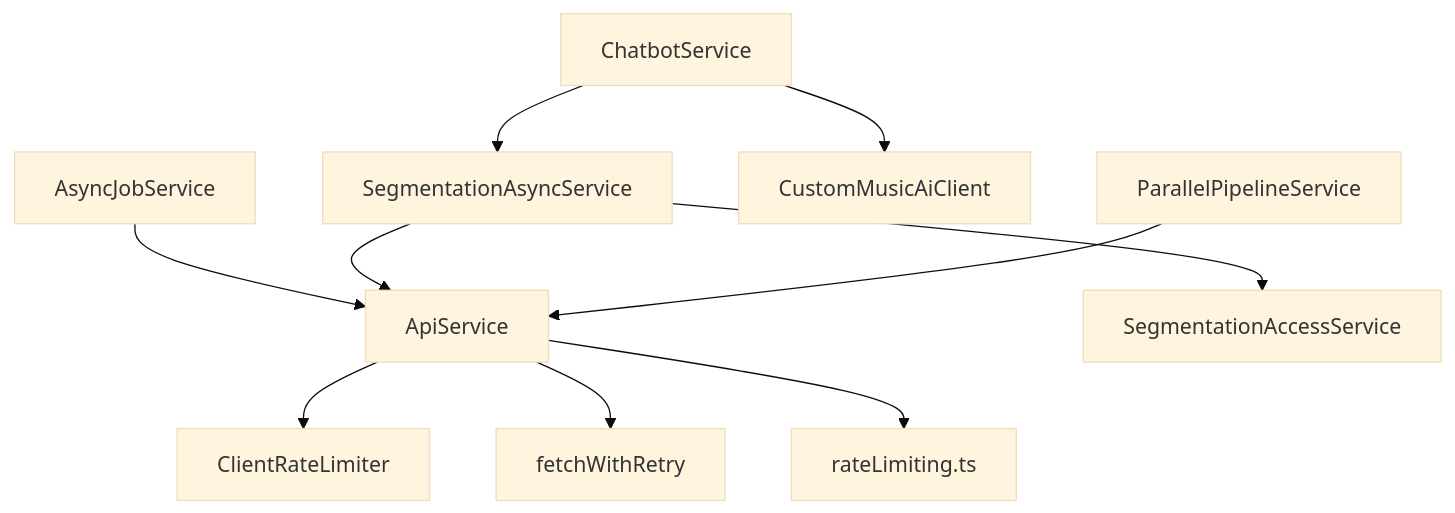
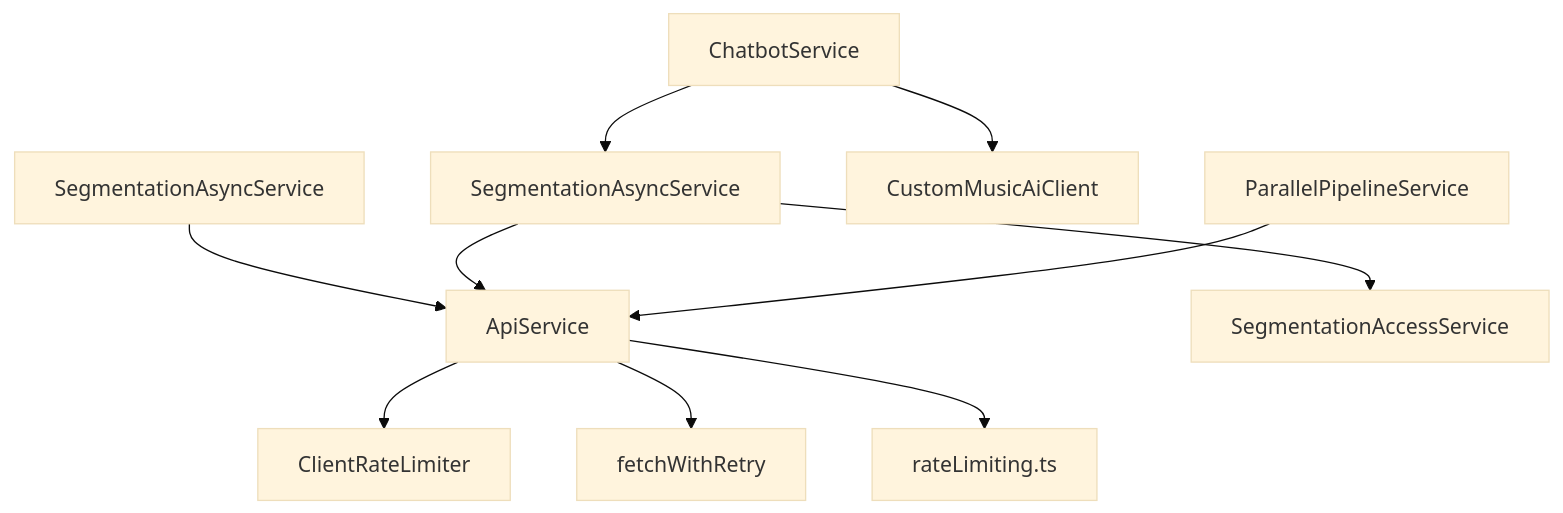
Before and after one commit to ptnghia-j/ChordMiniApp: the third of 3 diagrams in .qoder/repowiki/en/content/API Reference/Frontend API.md, drawn with Mermaid (base theme). The commit also changed other lines of this file and 60 other files, not shown here.

````diff
--- a/.qoder/repowiki/en/content/API Reference/Frontend API.md
+++ b/.qoder/repowiki/en/content/API Reference/Frontend API.md
@@ -353,22 +353,22 @@
 ```mermaid
 graph TB
 API["ApiService"]
 RL["ClientRateLimiter"]
 FR["fetchWithRetry"]
-AJ["AsyncJobService"]
+AJ["SegmentationAsyncService"]
 SA["SegmentationAsyncService"]
 CS["ChatbotService"]
 CMAC["CustomMusicAiClient"]
 PP["ParallelPipelineService"]
 SACS["SegmentationAccessService"]
 RT["rateLimiting.ts"]
 API --> RL
 API --> FR
 API --> RT
 AJ --> API
 SA --> API
 SA --> SACS
 CS --> SA
 CS --> CMAC
 PP --> API
 ```
````
